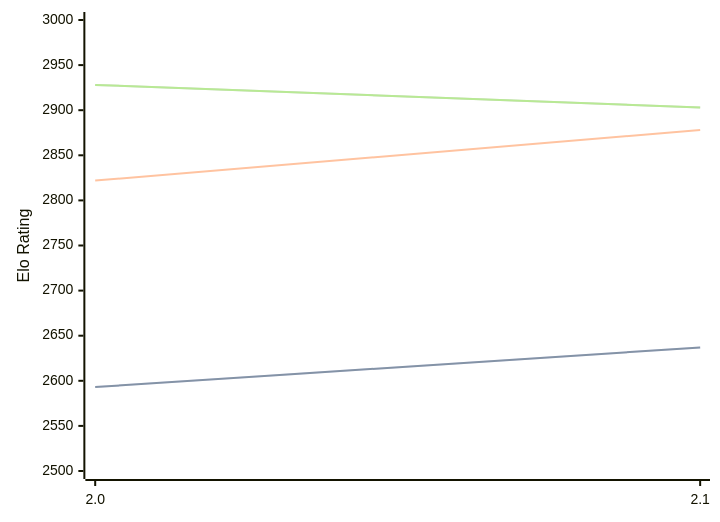
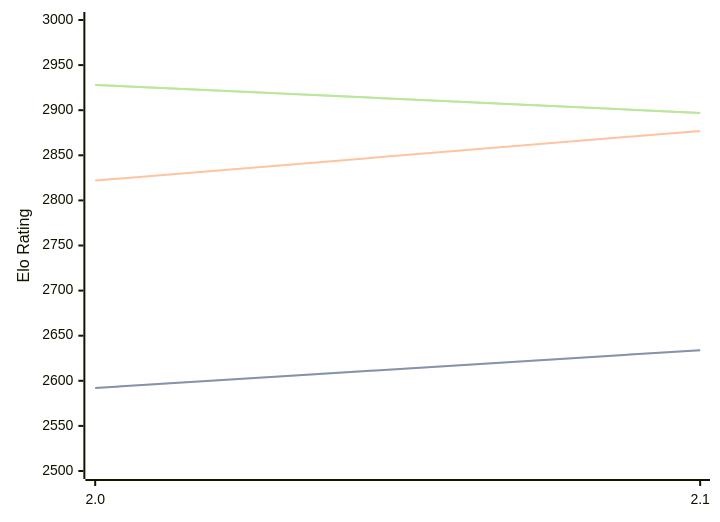
The third of 3 diagrams in engines/Noggin.md (computer-chess-index/cci), drawn with Mermaid before and after one commit. The commit also changed other lines of this file, not shown here.

Commit message:
Update CCI Ratings (ELO VLTC) - 2026-07-15

````diff
--- a/engines/Noggin.md
+++ b/engines/Noggin.md
@@ -66,11 +66,11 @@
 ```mermaid
 %%{init: {"theme":"base","themeVariables":{"seriesColors:['#a3a3a3','#222221','#faa371']}}}%%
 xychart-beta
   x-axis ["2.0", "2.1"]
   y-axis "Elo Rating" 2500 --> 3000
-  line "STC (8.0+0.08s)" [2593, 2637]
-  line "STC (8.0+0.08s)" [2593, 2637]
-  line "LTC (60.0+0.60s)" [2822, 2878]
-  line "VLTC (2m24s+1.12s)" [2928, 2903]
-  line "VLTC (2m24s+1.12s)" [2928, 2903]
+  line "STC (8.0+0.08s)" [2592, 2634]
+  line "STC (8.0+0.08s)" [2592, 2634]
+  line "LTC (60.0+0.60s)" [2822, 2877]
+  line "VLTC (2m24s+1.12s)" [2928, 2897]
+  line "VLTC (2m24s+1.12s)" [2928, 2897]
 ```
````
